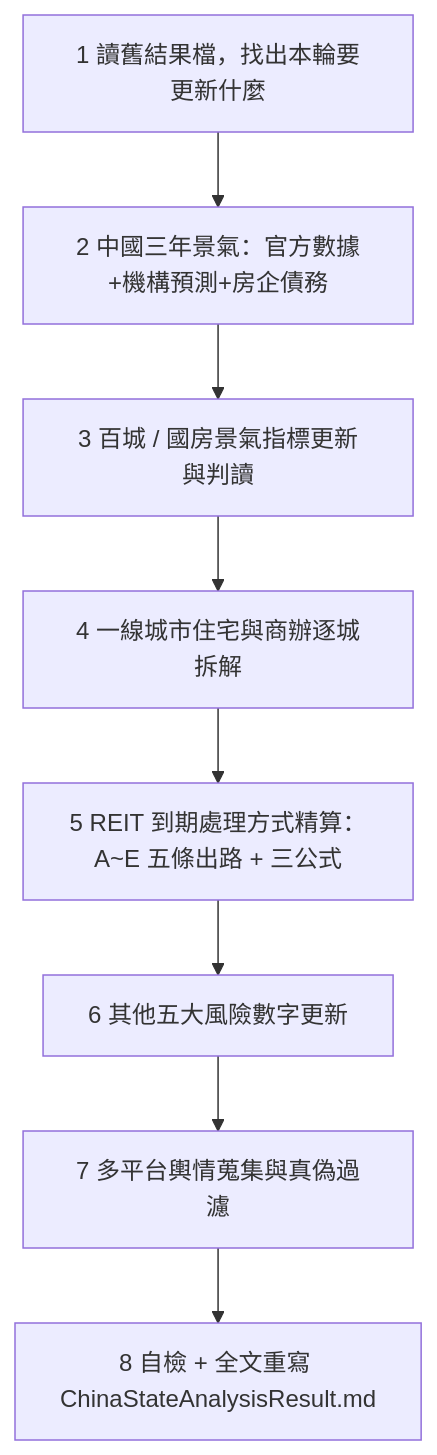
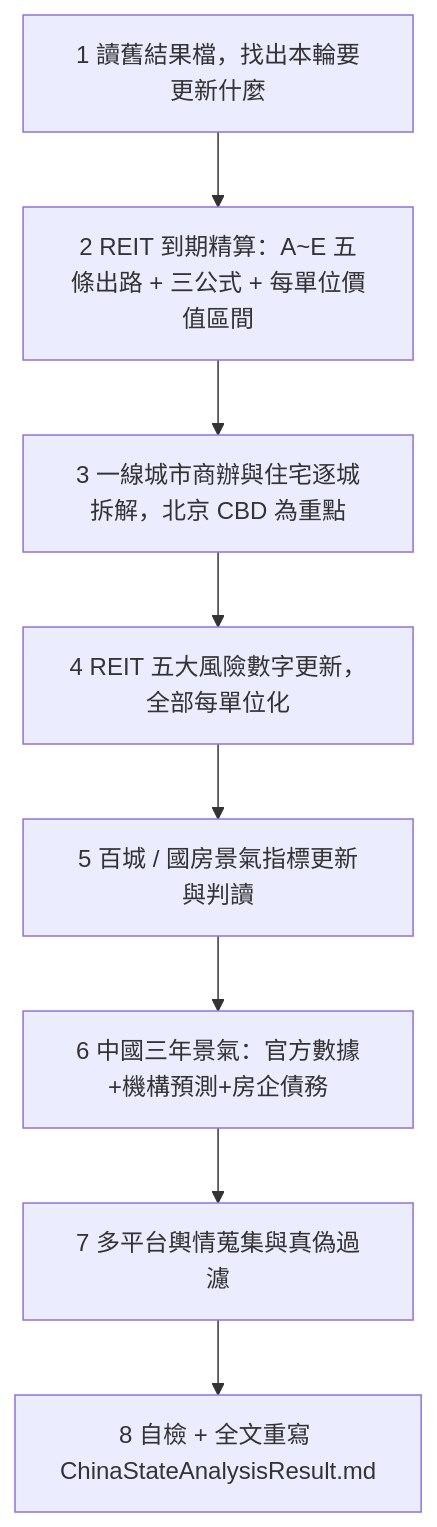
Before and after one commit to a9303001/FinancialReport: the diagram in AnalysisResult/ChinaStateAnalysis.md, drawn with Mermaid. The commit also changed other lines of this file, not shown here.

````diff
--- a/AnalysisResult/ChinaStateAnalysis.md
+++ b/AnalysisResult/ChinaStateAnalysis.md
@@ -233,10 +236,10 @@
 ```mermaid
 flowchart TD
-    A[1 讀舊結果檔，找出本輪要更新什麼] --> B[2 中國三年景氣：官方數據+機構預測+房企債務]
-    B --> C[3 百城 / 國房景氣指標更新與判讀]
-    C --> D[4 一線城市住宅與商辦逐城拆解]
-    D --> E[5 REIT 到期處理方式精算：A~E 五條出路 + 三公式]
-    E --> F[6 其他五大風險數字更新]
+    A[1 讀舊結果檔，找出本輪要更新什麼] --> B[2 REIT 到期精算：A~E 五條出路 + 三公式 + 每單位價值區間]
+    B --> C[3 一線城市商辦與住宅逐城拆解，北京 CBD 為重點]
+    C --> D[4 REIT 五大風險數字更新，全部每單位化]
+    D --> E[5 百城 / 國房景氣指標更新與判讀]
+    E --> F[6 中國三年景氣：官方數據+機構預測+房企債務]
     F --> G[7 多平台輿情蒐集與真偽過濾]
     G --> H[8 自檢 + 全文重寫 ChinaStateAnalysisResult.md]
 ```
````
